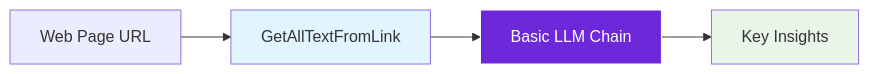
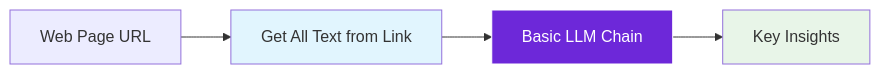
Before and after one commit to agentic-com/Agentic-Flow-Doc: the first of 4 diagrams in src/content/docs/advanced-ai/langchain/getting-started.mdx, drawn with Mermaid. The commit also changed other lines of this file and 186 other files, not shown here.

````diff
--- a/src/content/docs/advanced-ai/langchain/getting-started.mdx
+++ b/src/content/docs/advanced-ai/langchain/getting-started.mdx
@@ -32,10 +32,10 @@
 ```mermaid
 graph LR
-    URL[Web Page URL] --> Extract[GetAllTextFromLink]
+    URL[Web Page URL] --> Extract[Get All Text from Link]
     Extract --> AI[Basic LLM Chain]
     AI --> Results[Key Insights]
     
     style Extract fill:#e1f5fe
     style AI fill:#6d28d9,stroke:#fff,color:#fff
     style Results fill:#e8f5e8
 ```
````
